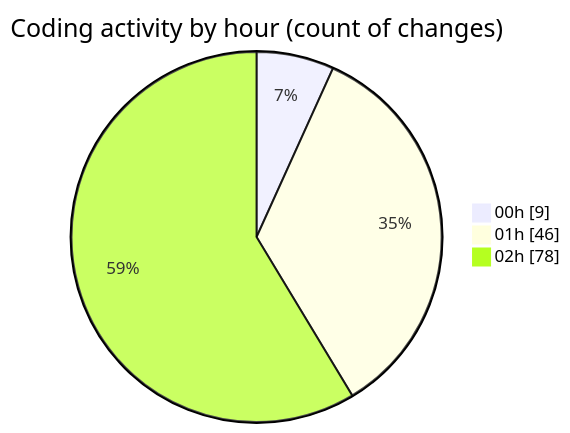
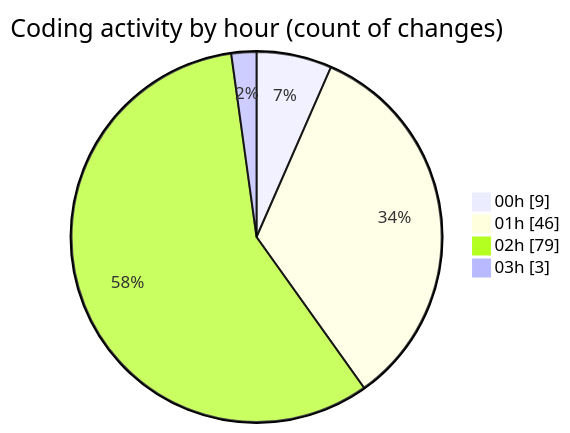
The second of 2 diagrams in 2025-11-18/eventscop-frontend-guide__workspace_/README.md (julien-gomy/code-tracking), drawn with Mermaid before and after one commit. The commit also changed other lines of this file and 1 other file, not shown here.

````diff
--- a/2025-11-18/eventscop-frontend-guide__workspace_/README.md
+++ b/2025-11-18/eventscop-frontend-guide__workspace_/README.md
@@ -57,7 +58,8 @@
 ```mermaid
 pie showData
 title Coding activity by hour (count of changes)
 "00h" : 9
 "01h" : 46
-"02h" : 78
+"02h" : 79
+"03h" : 3
 ```
````
